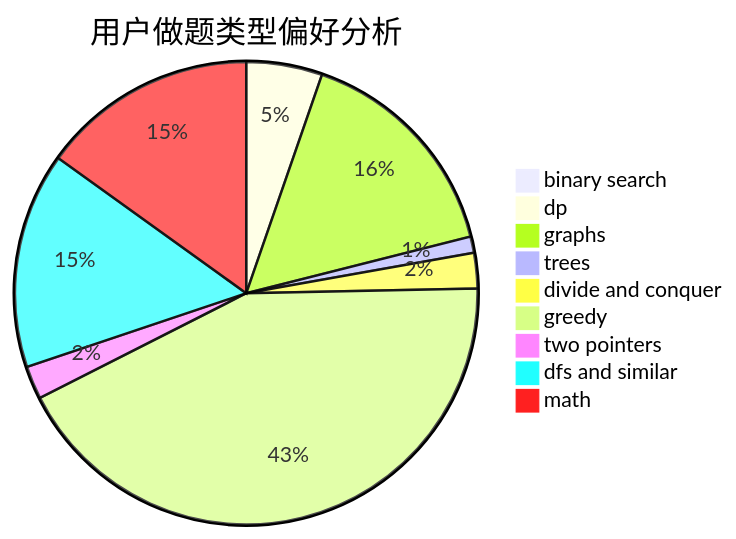
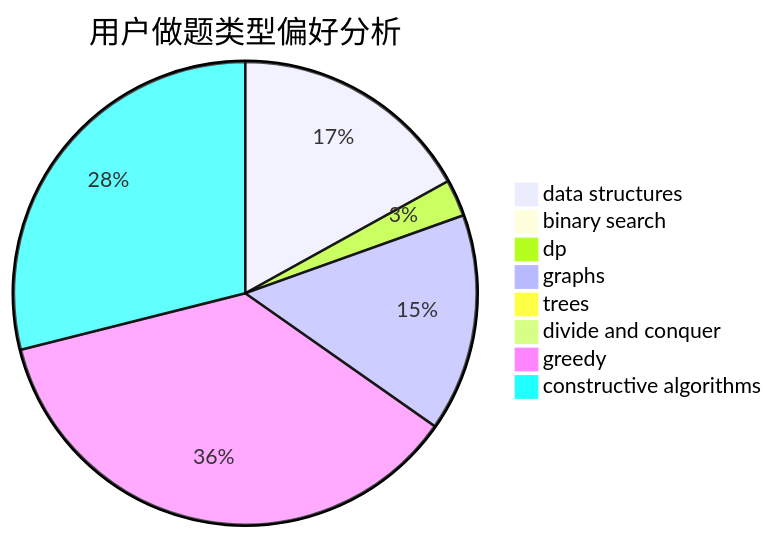
Before and after one commit to sherpahu/cfrs.github.io: the second of 3 diagrams in docs/user/u517.md, drawn with Mermaid. The commit also changed other lines of this file and 2775 other files, not shown here.

````diff
--- a/docs/user/u517.md
+++ b/docs/user/u517.md
@@ -23,12 +23,11 @@
 ```mermaid
 pie title 用户做题类型偏好分析
+    "data structures" :  309
     "binary search" :  4
-    "dp" :  94
-    "graphs" :  279
-    "trees" :  20
-    "divide and conquer" :  44
-    "greedy" :  759
-    "two pointers" :  41
-    "dfs and similar" :  267
-    "math" :  267
+    "dp" :  47
+    "graphs" :  277
+    "trees" :  18
+    "divide and conquer" :  8
+    "greedy" :  662
+    "constructive algorithms" :  527
 ```
````
